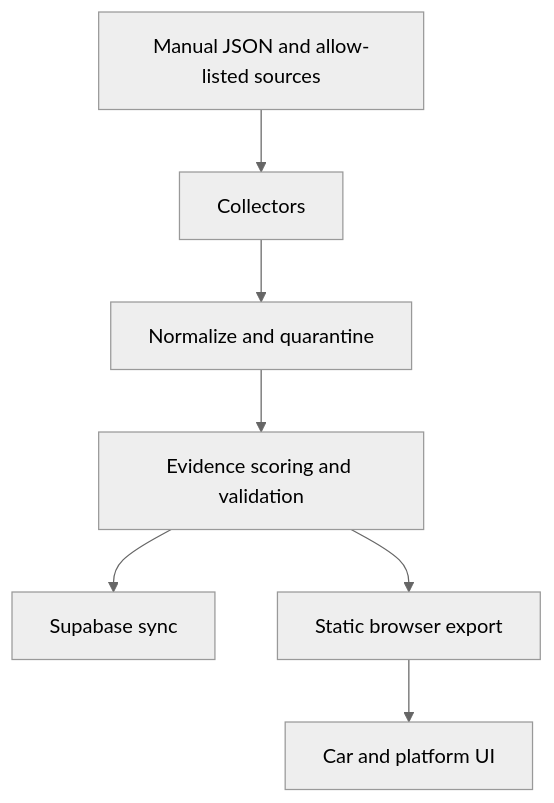
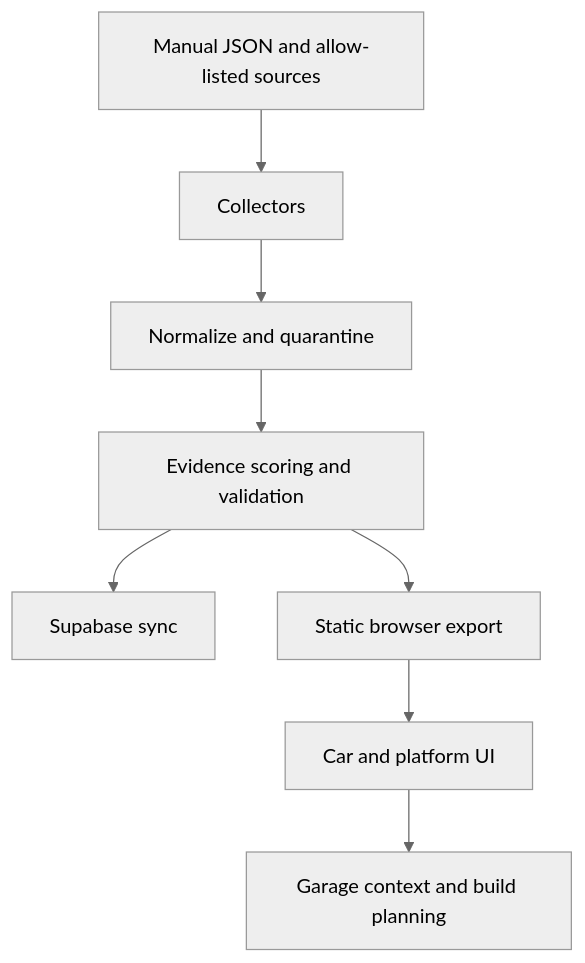
The diagram in PROJECT.md (ImSamBtw/modpicker), drawn with Mermaid (neutral theme) before and after one commit. The commit also changed other lines of this file, not shown here.

Commit message:
docs: connect garage roadmap to project brief

````diff
--- a/PROJECT.md
+++ b/PROJECT.md
@@ -32,9 +37,10 @@
 ```mermaid
 flowchart TD
   A[Manual JSON and allow-listed sources] --> B[Collectors]
   B --> C[Normalize and quarantine]
   C --> D[Evidence scoring and validation]
   D --> E[Supabase sync]
   D --> F[Static browser export]
   F --> G[Car and platform UI]
+  G --> H[Garage context and build planning]
 ```
````
